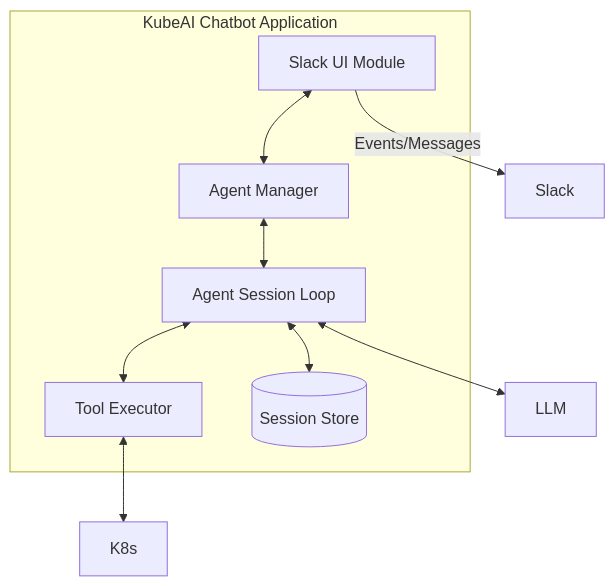
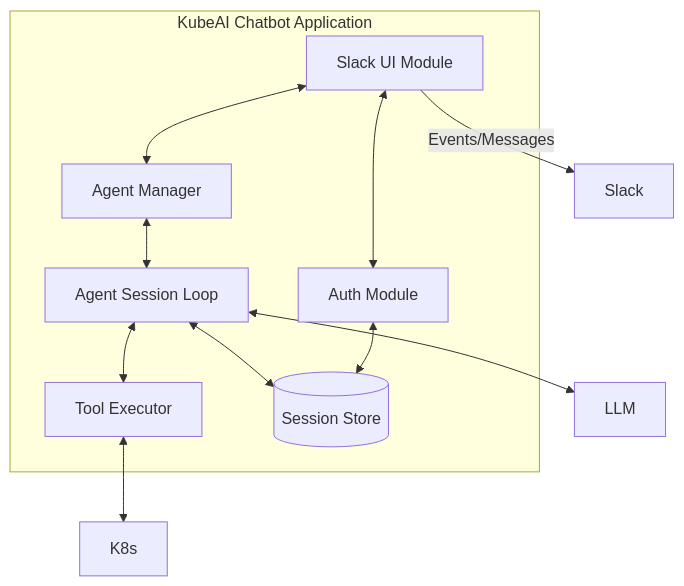
Before and after one commit to KongZ/kubeai-chatbot: the second of 3 diagrams in docs/architecture.md, drawn with Mermaid. The commit also changed other lines of this file and 23 other files, not shown here.

````diff
--- a/docs/architecture.md
+++ b/docs/architecture.md
@@ -27,19 +27,22 @@
 ```mermaid
 graph TB
   subgraph "KubeAI Chatbot Application"
     UI[Slack UI Module]
     Mgr[Agent Manager]
     Agent[Agent Session Loop]
     Tools[Tool Executor]
     Store[(Session Store)]
+    Auth[Auth Module]
   end
 
   UI <--> Mgr
   Mgr <--> Agent
   Agent <--> Tools
   Agent <--> Store
+  UI <--> Auth
+  Auth <--> Store
 
   UI -- "Events/Messages" --> Slack
   Agent <--> LLM
   Tools <--> K8s
 ```
````
